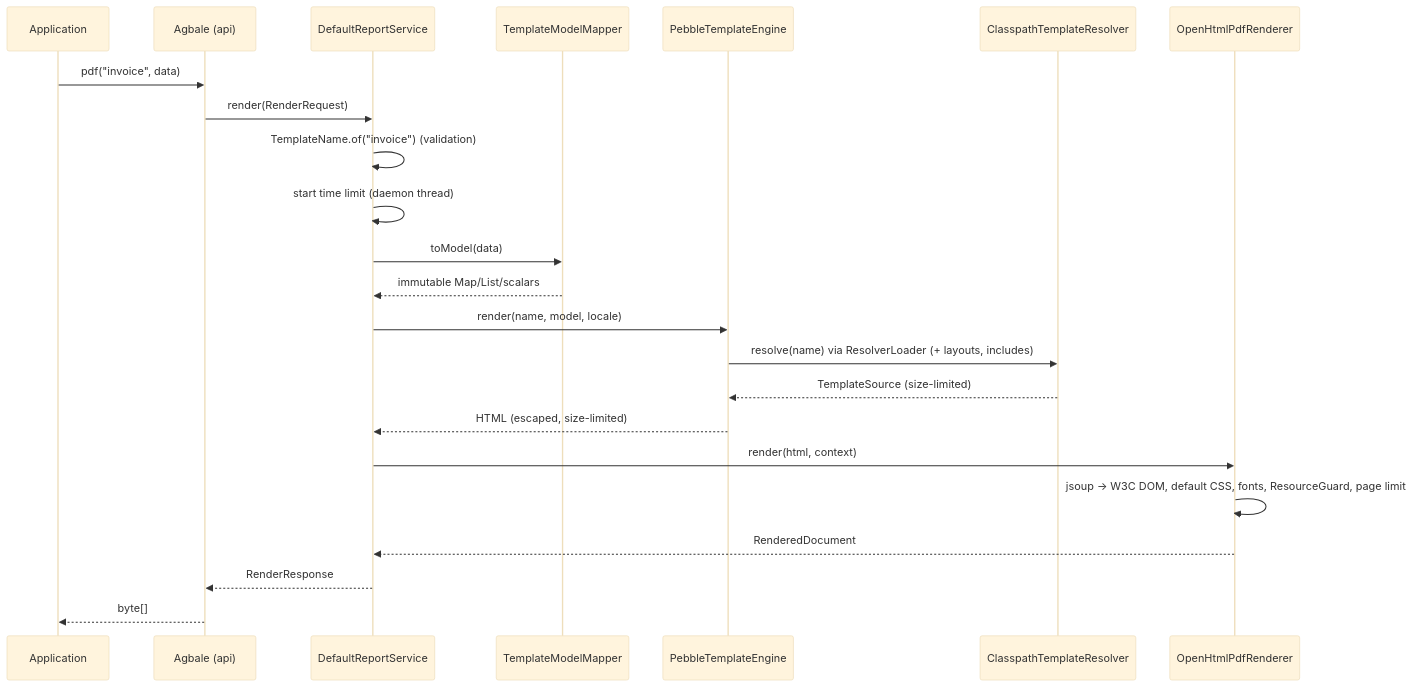
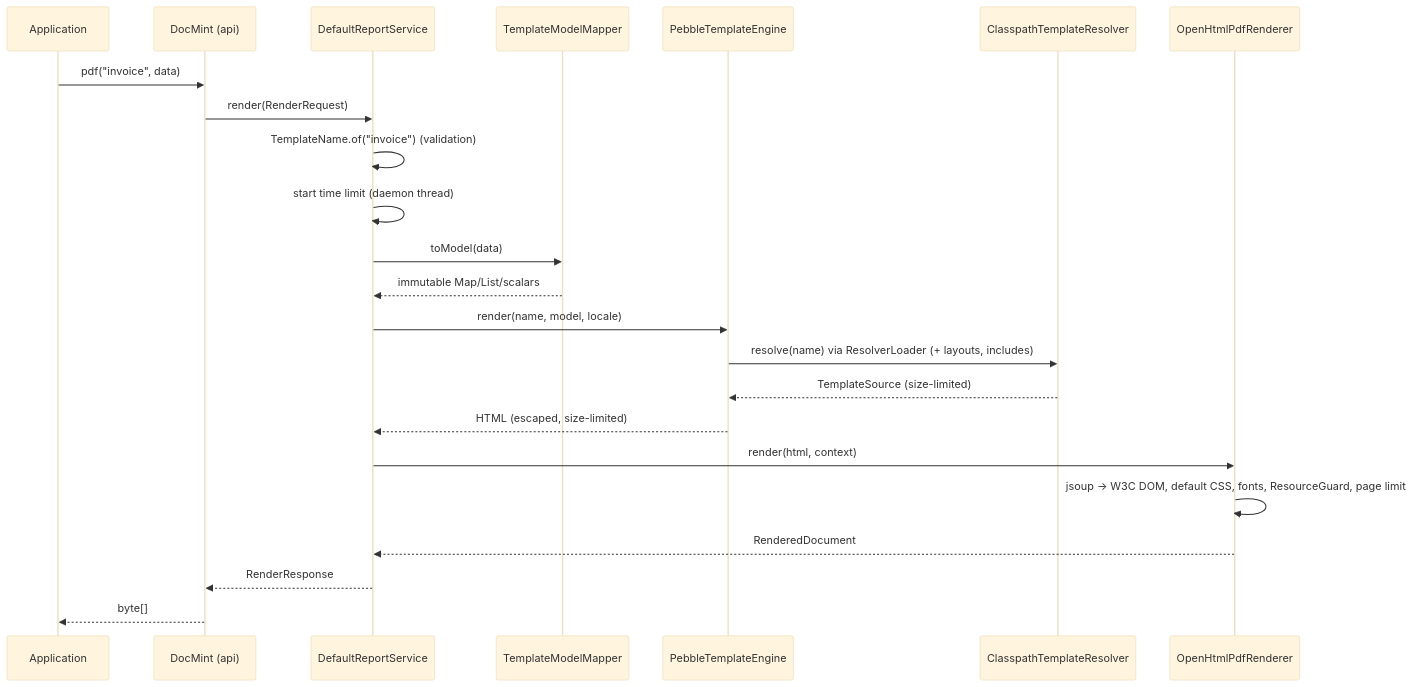
The third of 3 diagrams in docs/architecture.md (Juste120/DocMint), drawn with Mermaid (base theme) before and after one commit. The commit also changed other lines of this file and 379 other files, not shown here.

First line of the commit message:
refactor!: rename the project from Agbale to DocMint

````diff
--- a/docs/architecture.md
+++ b/docs/architecture.md
@@ -69,25 +69,25 @@
 ```mermaid
 sequenceDiagram
   participant App as Application
-  participant A as Agbale (api)
+  participant A as DocMint (api)
   participant S as DefaultReportService
   participant M as TemplateModelMapper
   participant E as PebbleTemplateEngine
   participant R as ClasspathTemplateResolver
   participant P as OpenHtmlPdfRenderer
   App->>A: pdf("invoice", data)
   A->>S: render(RenderRequest)
   S->>S: TemplateName.of("invoice") (validation)
   S->>S: start time limit (daemon thread)
   S->>M: toModel(data)
   M-->>S: immutable Map/List/scalars
   S->>E: render(name, model, locale)
   E->>R: resolve(name) via ResolverLoader (+ layouts, includes)
   R-->>E: TemplateSource (size-limited)
   E-->>S: HTML (escaped, size-limited)
   S->>P: render(html, context)
   P->>P: jsoup → W3C DOM, default CSS, fonts, ResourceGuard, page limit
   P-->>S: RenderedDocument
   S-->>A: RenderResponse
   A-->>App: byte[]
 ```
````
